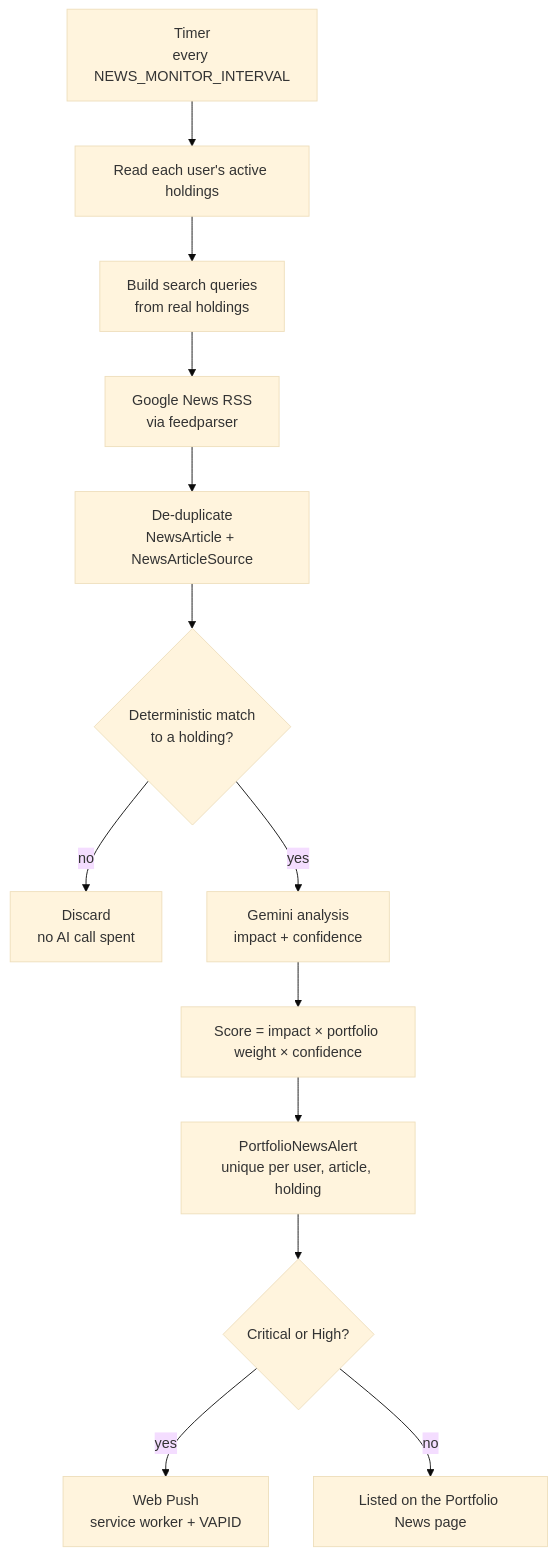
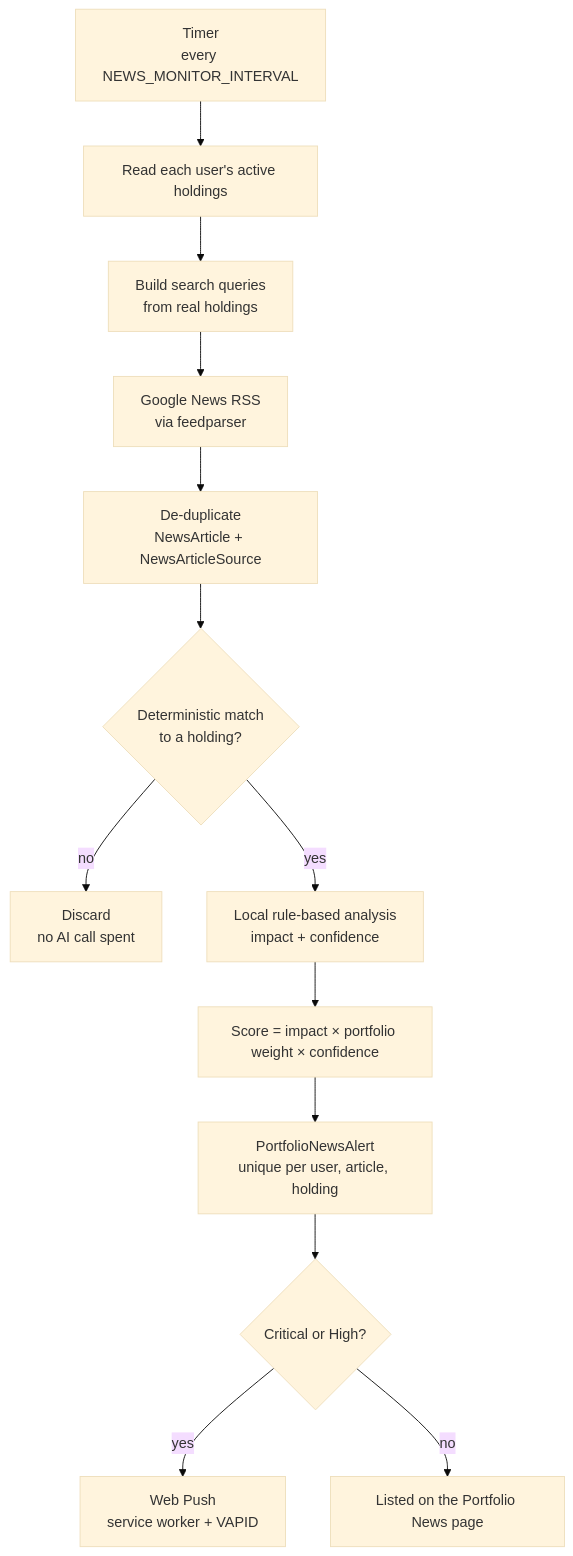
Before and after one commit to avviiiral/Personal_Wealth_Monitoring_System: the fourth of 7 diagrams in README.md, drawn with Mermaid (base theme). The commit also changed other lines of this file and 21 other files, not shown here.

````diff
--- a/README.md
+++ b/README.md
@@ -558,15 +580,15 @@
 ```mermaid
 flowchart TD
     T["Timer<br/>every NEWS_MONITOR_INTERVAL"] --> H["Read each user's active holdings"]
     H --> Q["Build search queries<br/>from real holdings"]
     Q --> R["Google News RSS<br/>via feedparser"]
     R --> D["De-duplicate<br/>NewsArticle + NewsArticleSource"]
     D --> M{"Deterministic match<br/>to a holding?"}
     M -- no --> X["Discard<br/>no AI call spent"]
-    M -- yes --> G["Gemini analysis<br/>impact + confidence"]
+    M -- yes --> G["Local rule-based analysis<br/>impact + confidence"]
     G --> S["Score = impact × portfolio weight × confidence"]
     S --> A["PortfolioNewsAlert<br/>unique per user, article, holding"]
     A --> C{"Critical or High?"}
     C -- yes --> N["Web Push<br/>service worker + VAPID"]
     C -- no --> P["Listed on the Portfolio News page"]
 ```
````
